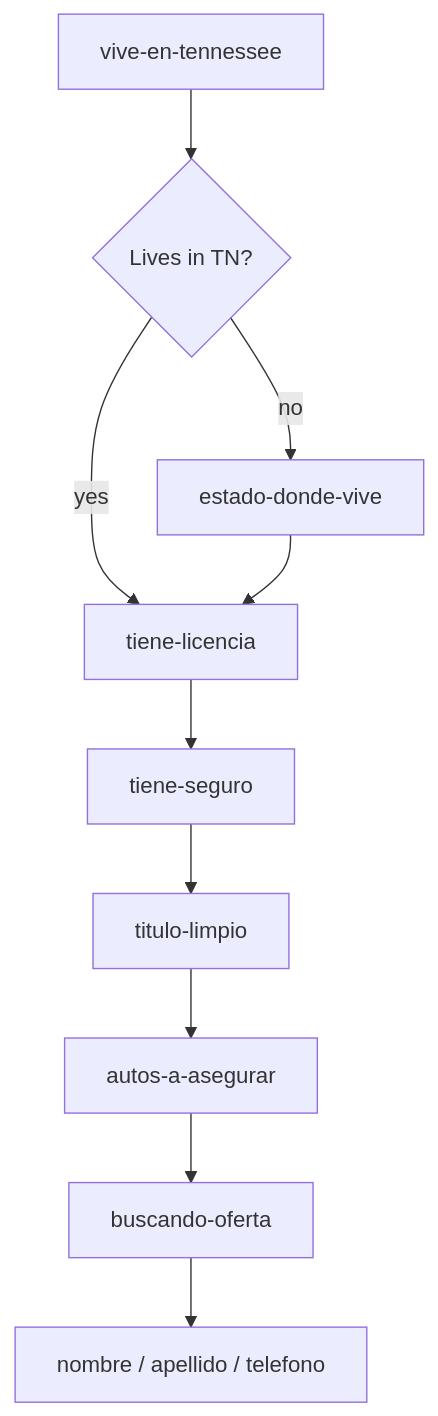
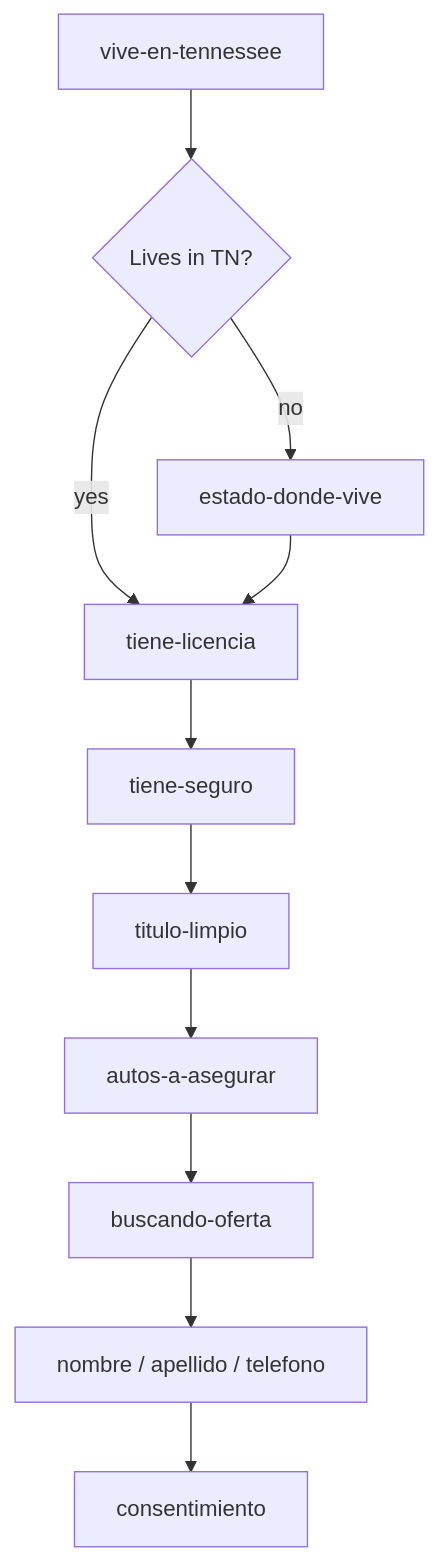
The diagram in src/authoring/flows/tn/README.md (fassone/instant-forms), drawn with Mermaid before and after one commit. The commit also changed other lines of this file and 15 other files, not shown here.

````diff
--- a/src/authoring/flows/tn/README.md
+++ b/src/authoring/flows/tn/README.md
@@ -7,12 +7,13 @@
 ```mermaid
 flowchart TD
   Start["vive-en-tennessee"] --> State{"Lives in TN?"}
   State -->|"no"| Residence["estado-donde-vive"]
   State -->|"yes"| License["tiene-licencia"]
   Residence --> License
   License --> Insurance["tiene-seguro"]
   Insurance --> Title["titulo-limpio"]
   Title --> Cars["autos-a-asegurar"]
   Cars --> Match["buscando-oferta"]
   Match --> Contact["nombre / apellido / telefono"]
+  Contact --> Consent["consentimiento"]
 ```
````
